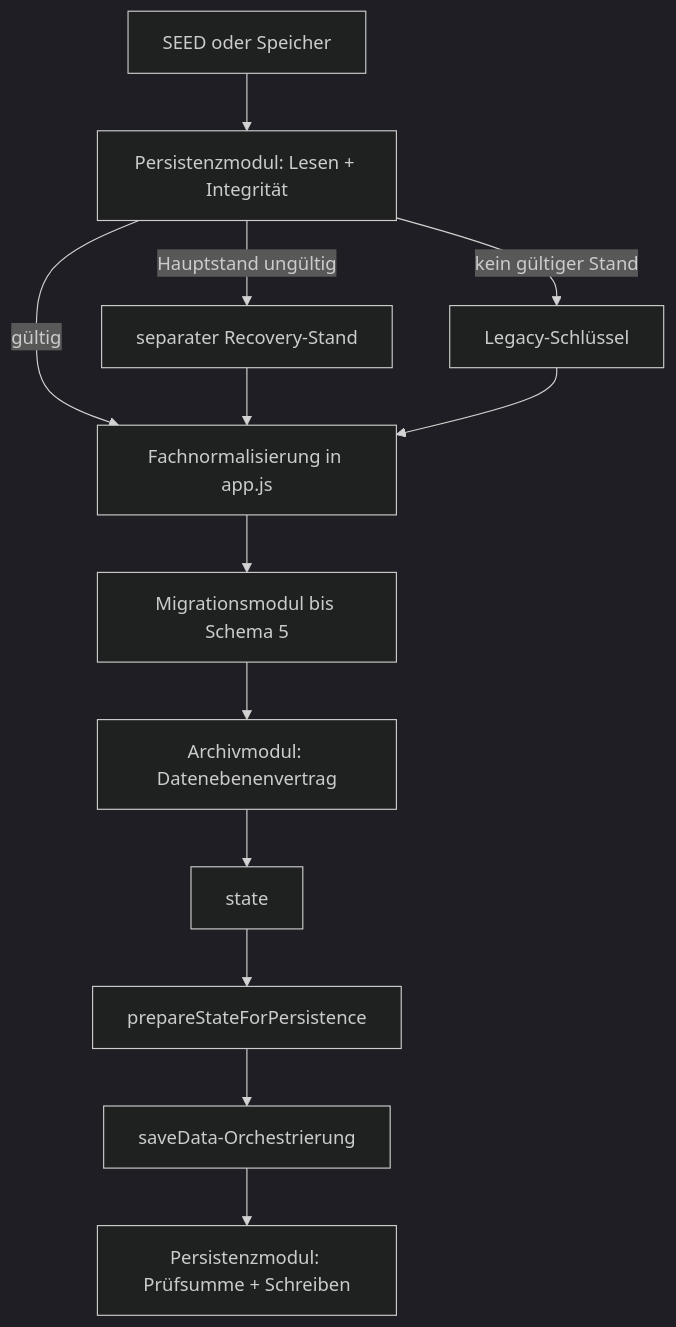
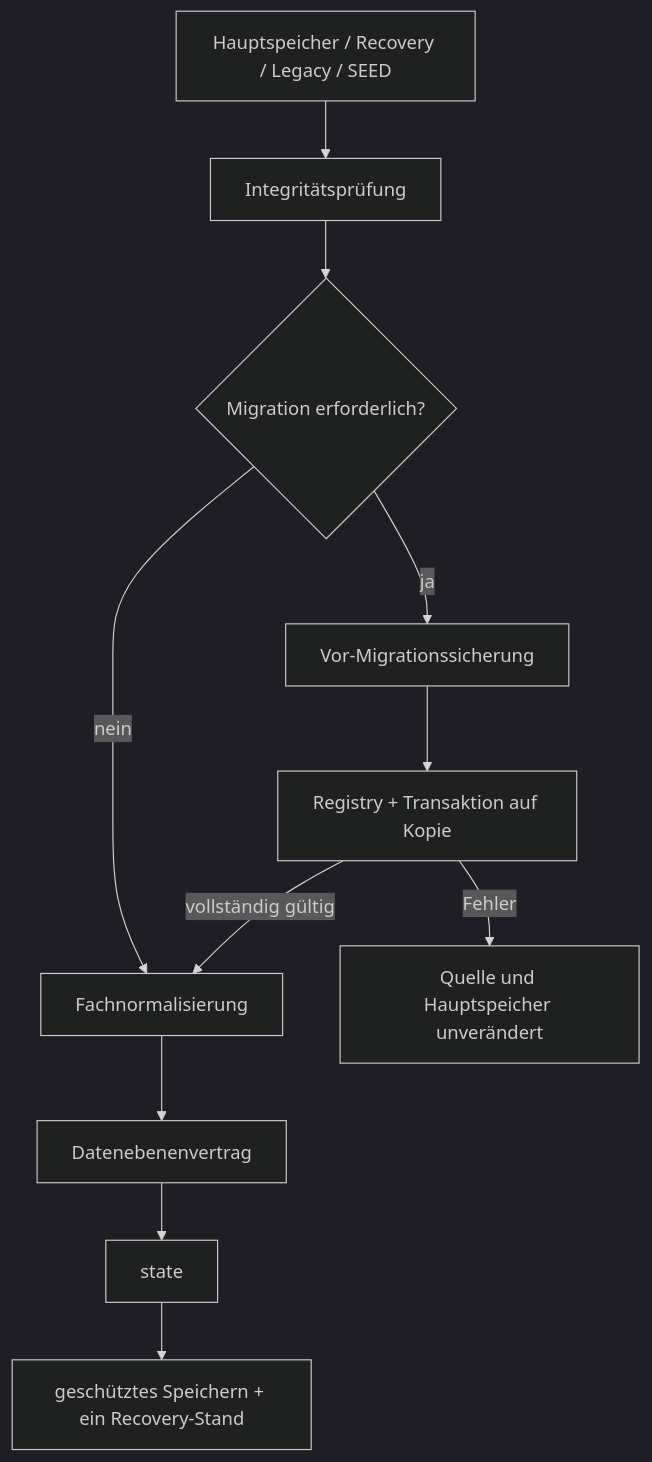
One commit to cz100000/NK-Pro changed the second of 3 diagrams in ARCHITECTURE.md. Above: the diagram before and after it, drawn with Mermaid (dark theme). The commit also changed other lines of this file and 80 other files, not shown here.

````diff
--- a/ARCHITECTURE.md
+++ b/ARCHITECTURE.md
@@ -73,15 +67,13 @@
 ```mermaid
 flowchart TD
-  A[SEED oder Speicher] --> P[Persistenzmodul: Lesen + Integrität]
-  P -->|gültig| N[Fachnormalisierung in app.js]
-  P -->|Hauptstand ungültig| R[separater Recovery-Stand]
-  R --> N
-  P -->|kein gültiger Stand| L[Legacy-Schlüssel]
-  L --> N
-  N --> M[Migrationsmodul bis Schema 5]
-  M --> D[Archivmodul: Datenebenenvertrag]
+  R[Hauptspeicher / Recovery / Legacy / SEED] --> I[Integritätsprüfung]
+  I --> C{Migration erforderlich?}
+  C -->|ja| B[Vor-Migrationssicherung]
+  C -->|nein| N[Fachnormalisierung]
+  B --> M[Registry + Transaktion auf Kopie]
+  M -->|vollständig gültig| N
+  M -->|Fehler| X[Quelle und Hauptspeicher unverändert]
+  N --> D[Datenebenenvertrag]
   D --> S[state]
-  S --> O[prepareStateForPersistence]
-  O --> W[saveData-Orchestrierung]
-  W --> PM[Persistenzmodul: Prüfsumme + Schreiben]
+  S --> W[geschütztes Speichern + ein Recovery-Stand]
 ```
````
